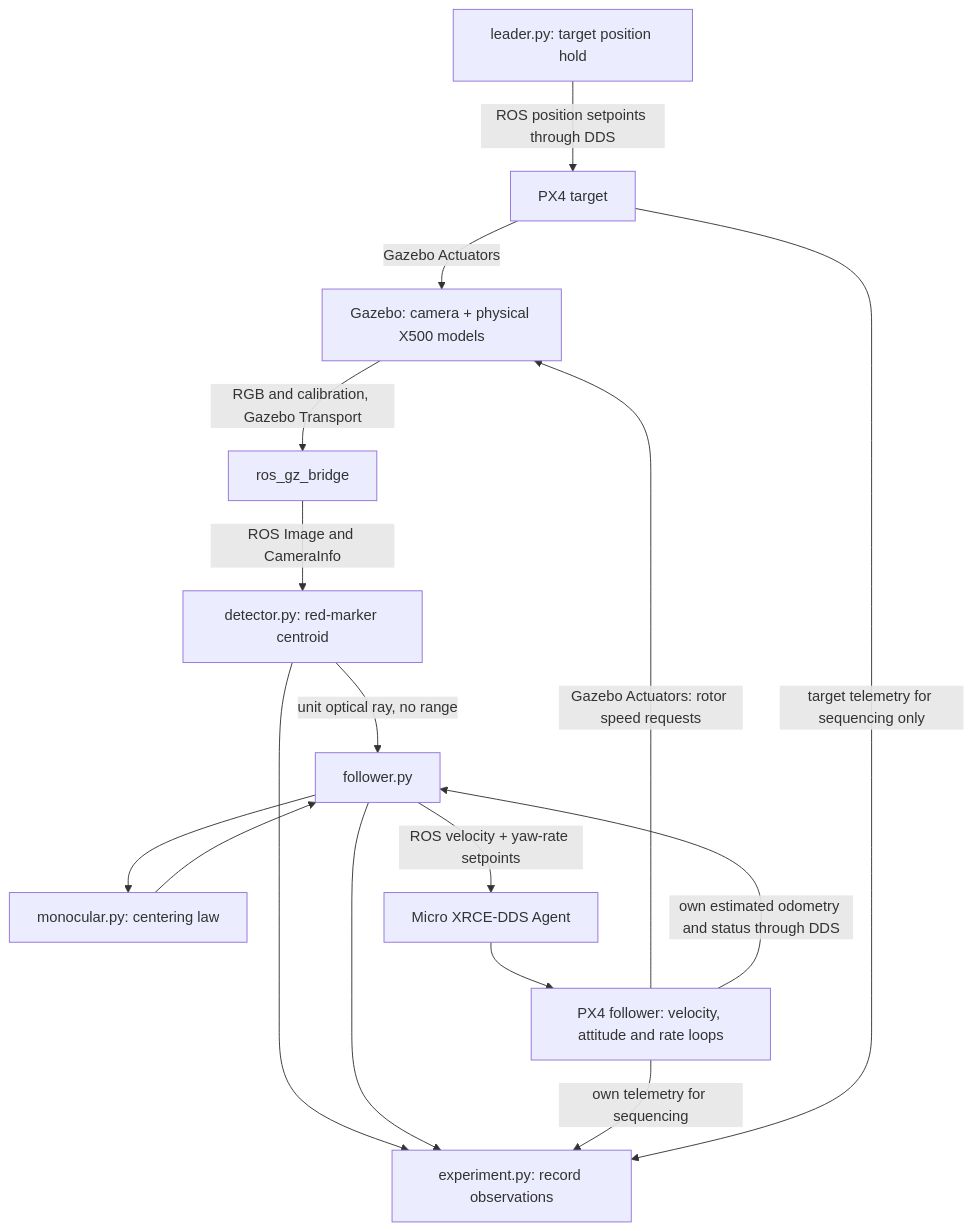
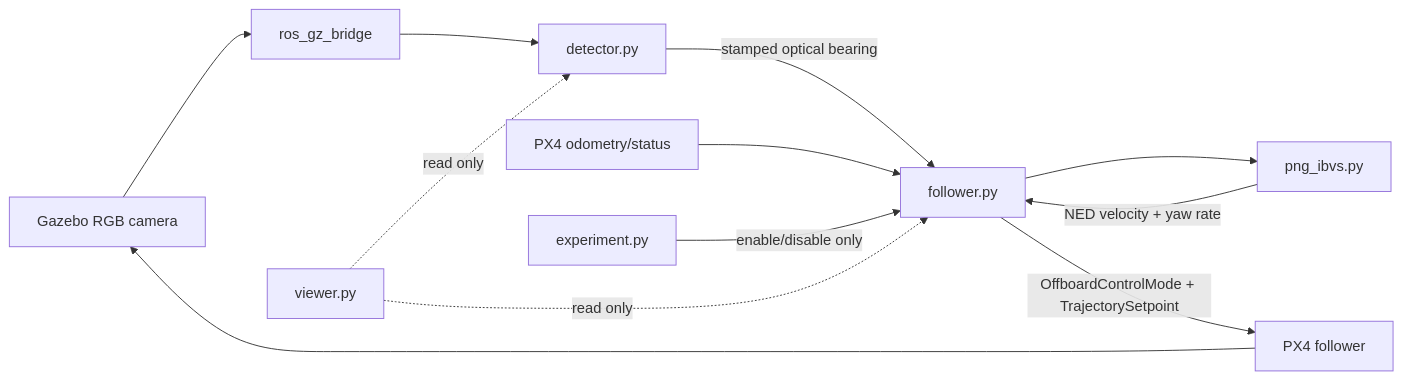
One commit to ShubhMis/kamikaze_drone changed the diagram in drone_ws/src/drone_follow/ARCHITECTURE.md. Above: the diagram before and after it, drawn with Mermaid. The commit also changed other lines of this file and 23 other files, not shown here.

Commit message:
Snapshot single-controller PNG-IBVS implementation

````diff
--- a/drone_ws/src/drone_follow/ARCHITECTURE.md
+++ b/drone_ws/src/drone_follow/ARCHITECTURE.md
@@ -45,18 +9,14 @@
 ```mermaid
-flowchart TD
-    G[Gazebo: camera + physical X500 models] -->|RGB and calibration, Gazebo Transport| B[ros_gz_bridge]
-    B -->|ROS Image and CameraInfo| D[detector.py: red-marker centroid]
-    D -->|unit optical ray, no range| F[follower.py]
-    F --> M[monocular.py: centering law]
-    M --> F
-    F -->|ROS velocity + yaw-rate setpoints| A[Micro XRCE-DDS Agent]
-    A --> P[PX4 follower: velocity, attitude and rate loops]
-    P -->|Gazebo Actuators: rotor speed requests| G
-    P -->|own estimated odometry and status through DDS| F
-    L[leader.py: target position hold] -->|ROS position setpoints through DDS| T[PX4 target]
-    T -->|Gazebo Actuators| G
-    D --> E[experiment.py: record observations]
-    F --> E
-    P -->|own telemetry for sequencing| E
-    T -->|target telemetry for sequencing only| E
+flowchart LR
+    G[Gazebo RGB camera] --> B[ros_gz_bridge]
+    B --> D[detector.py]
+    D -->|stamped optical bearing| F[follower.py]
+    O[PX4 odometry/status] --> F
+    F --> P[png_ibvs.py]
+    P -->|NED velocity + yaw rate| F
+    F -->|OffboardControlMode + TrajectorySetpoint| X[PX4 follower]
+    X --> G
+    E[experiment.py] -->|enable/disable only| F
+    V[viewer.py] -. read only .-> D
+    V -. read only .-> F
 ```
````
